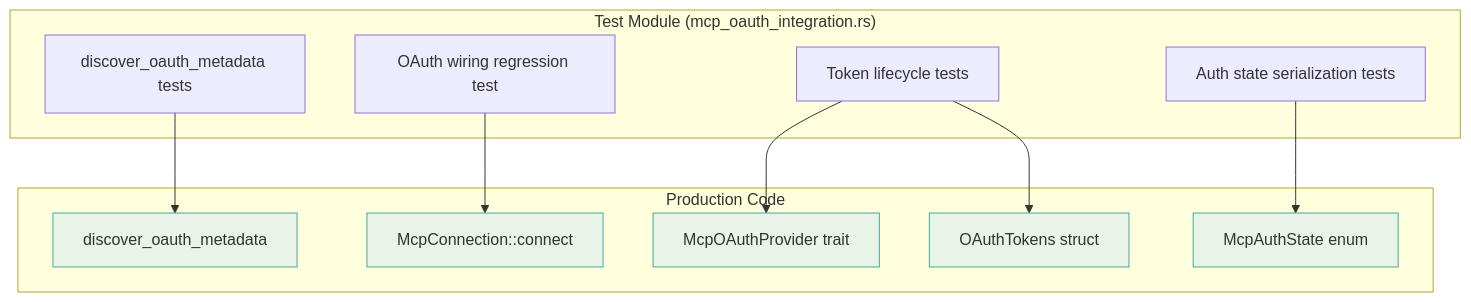
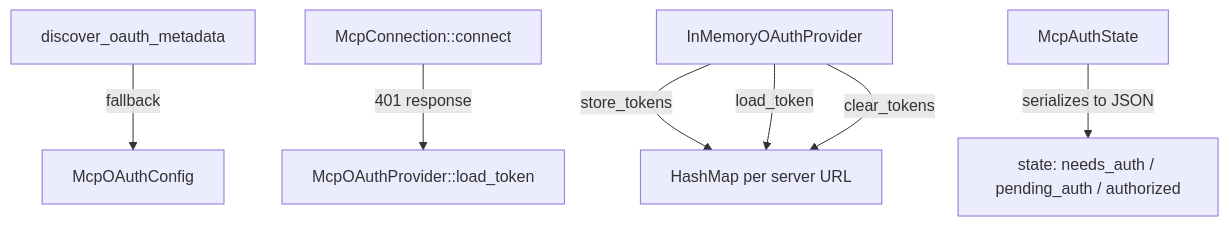
Before and after one commit to leszek3737/librefang-WIki: the diagram in other-librefang-runtime-tests.md, drawn with Mermaid. The commit also changed other lines of this file and 118 other files, not shown here.

````diff
--- a/other-librefang-runtime-tests.md
+++ b/other-librefang-runtime-tests.md
@@ -80,25 +18,9 @@
 ```mermaid
 graph TD
-    subgraph "Test Module (mcp_oauth_integration.rs)"
-        A[discover_oauth_metadata tests]
-        B[OAuth wiring regression test]
-        C[Token lifecycle tests]
-        D[Auth state serialization tests]
-    end
-
-    subgraph "Production Code"
-        E[discover_oauth_metadata]:::prod
-        F[McpConnection::connect]:::prod
-        G[McpOAuthProvider trait]:::prod
-        H[McpAuthState enum]:::prod
-        I[OAuthTokens struct]:::prod
-    end
-
-    A --> E
-    B --> F
-    C --> G
-    C --> I
-    D --> H
-
-    classDef prod fill:#e8f4e8,stroke:#4a9
+    A[discover_oauth_metadata] -->|fallback| B[McpOAuthConfig]
+    C[McpConnection::connect] -->|401 response| D[McpOAuthProvider::load_token]
+    E[InMemoryOAuthProvider] -->|store_tokens| F[HashMap per server URL]
+    E -->|load_token| F
+    E -->|clear_tokens| F
+    G[McpAuthState] -->|serializes to JSON| H[state: needs_auth / pending_auth / authorized]
 ```
````
